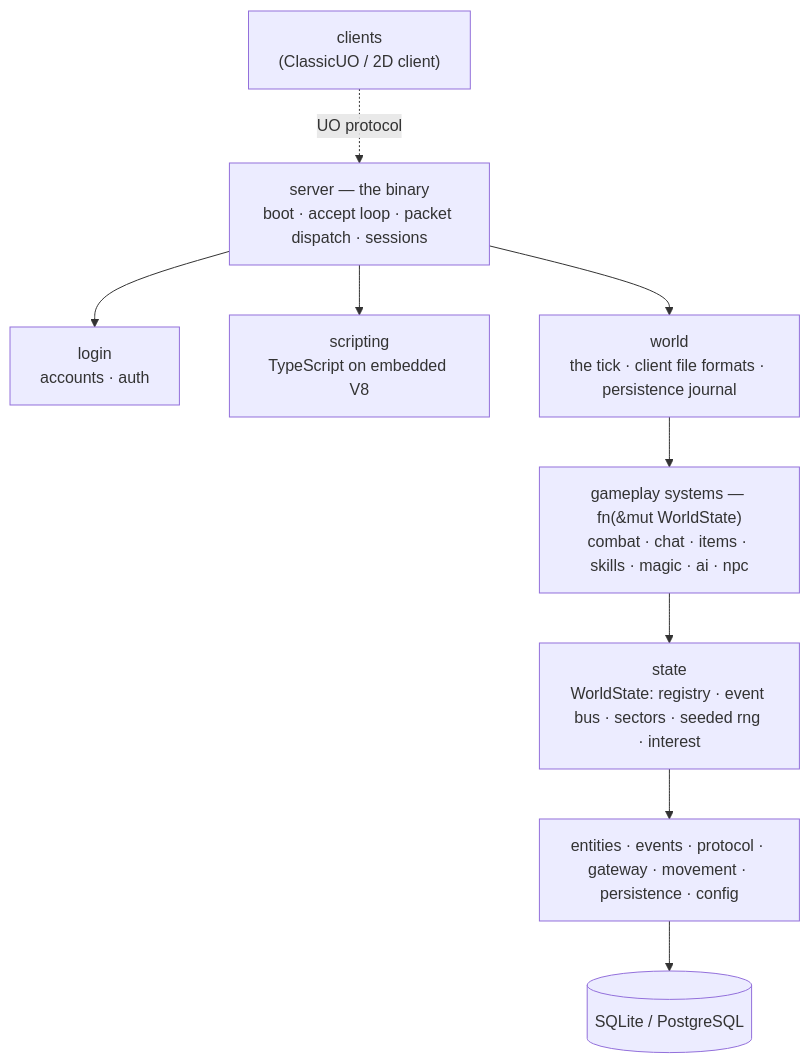
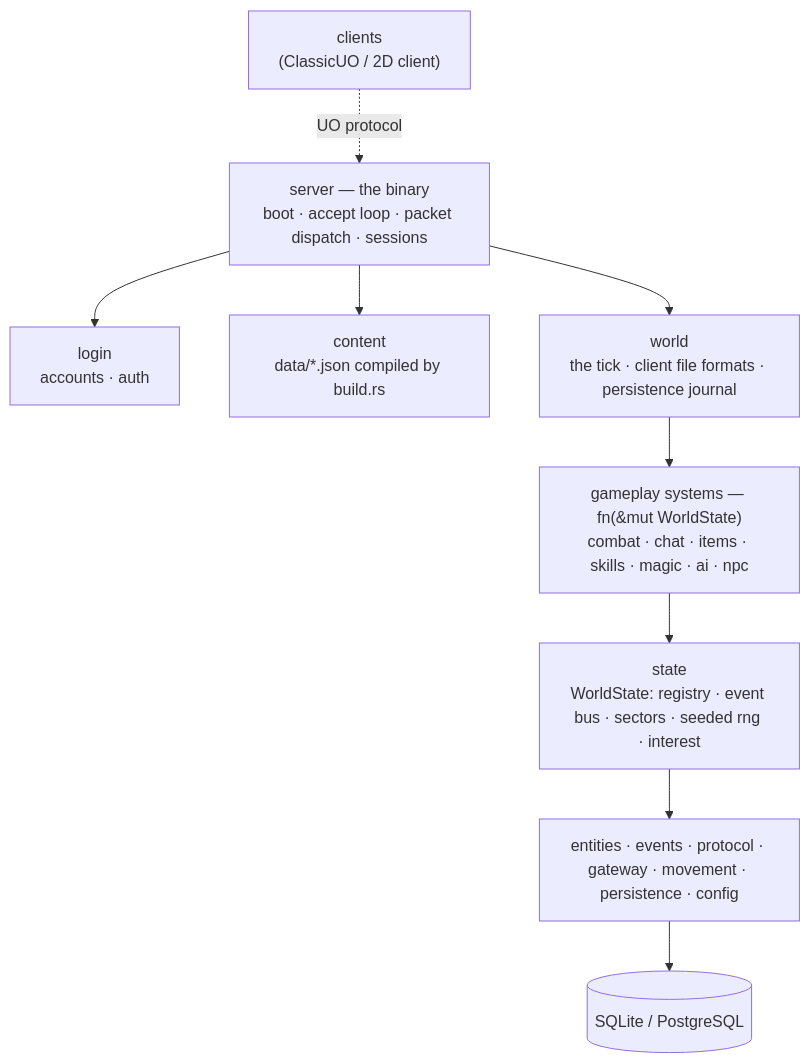
The diagram in README.md (enomado/OpenShard), drawn with Mermaid before and after one commit. The commit also changed other lines of this file, not shown here.

````diff
--- a/README.md
+++ b/README.md
@@ -54,20 +57,20 @@
 ```mermaid
 graph TD
     C["clients<br/>(ClassicUO / 2D client)"] -. UO protocol .-> server
     server["server — the binary<br/>boot · accept loop · packet dispatch · sessions"]
     login["login<br/>accounts · auth"]
-    scripting["scripting<br/>TypeScript on embedded V8"]
+    content["content<br/>data/*.json compiled by build.rs"]
     world["world<br/>the tick · client file formats · persistence journal"]
     systems["gameplay systems — fn(&amp;mut WorldState)<br/>combat · chat · items · skills · magic · ai · npc"]
     state["state<br/>WorldState: registry · event bus · sectors · seeded rng · interest"]
     foundation["entities · events · protocol · gateway · movement · persistence · config"]
     db[("SQLite / PostgreSQL")]
 
     server --> login
-    server --> scripting
+    server --> content
     server --> world
     world --> systems
     systems --> state
     state --> foundation
     foundation --> db
 ```
````
